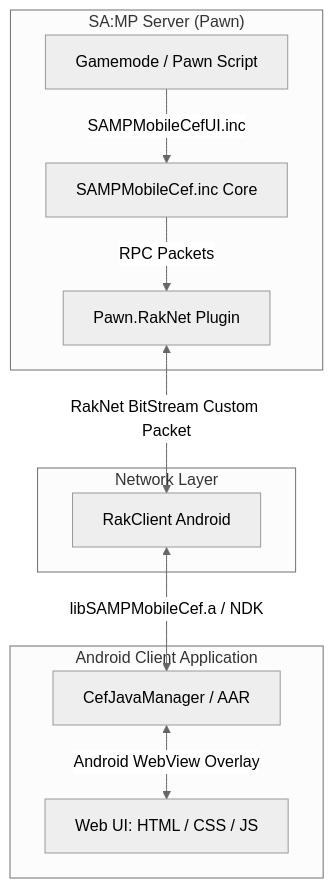
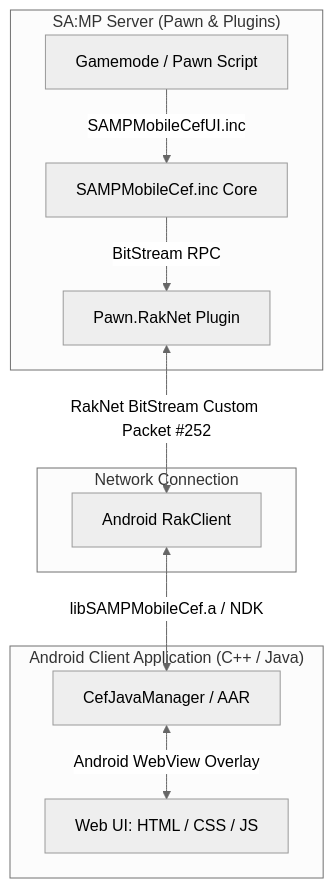
One commit to DragoniaCompany1/samp-mobile-cef changed the first of 2 diagrams in README.md. Above: the diagram before and after it, drawn with Mermaid (neutral theme). The commit also changed other lines of this file, not shown here.

````diff
--- a/README.md
+++ b/README.md
@@ -46,16 +73,16 @@
 ```mermaid
 graph TD
-    subgraph "SA:MP Server (Pawn)"
-        A[Gamemode / Pawn Script] -->|SAMPMobileCefUI.inc| B[SAMPMobileCef.inc Core]
-        B -->|RPC Packets| C[Pawn.RakNet Plugin]
+    subgraph "SA:MP Server (Pawn & Plugins)"
+        Gamemode[Gamemode / Pawn Script] -->|SAMPMobileCefUI.inc| CoreInclude[SAMPMobileCef.inc Core]
+        CoreInclude -->|BitStream RPC| PawnRakNet[Pawn.RakNet Plugin]
     end
 
-    subgraph "Network Layer"
-        C <-->|RakNet BitStream Custom Packet| D[RakClient Android]
+    subgraph "Network Connection"
+        PawnRakNet <-->|RakNet BitStream Custom Packet #252| RakClient[Android RakClient]
     end
 
-    subgraph "Android Client Application"
-        D <-->|libSAMPMobileCef.a / NDK| E[CefJavaManager / AAR]
-        E <-->|Android WebView Overlay| F[Web UI: HTML / CSS / JS]
+    subgraph "Android Client Application (C++ / Java)"
+        RakClient <-->|libSAMPMobileCef.a / NDK| JavaManager[CefJavaManager / AAR]
+        JavaManager <-->|Android WebView Overlay| WebUI[Web UI: HTML / CSS / JS]
     end
 ```
````
